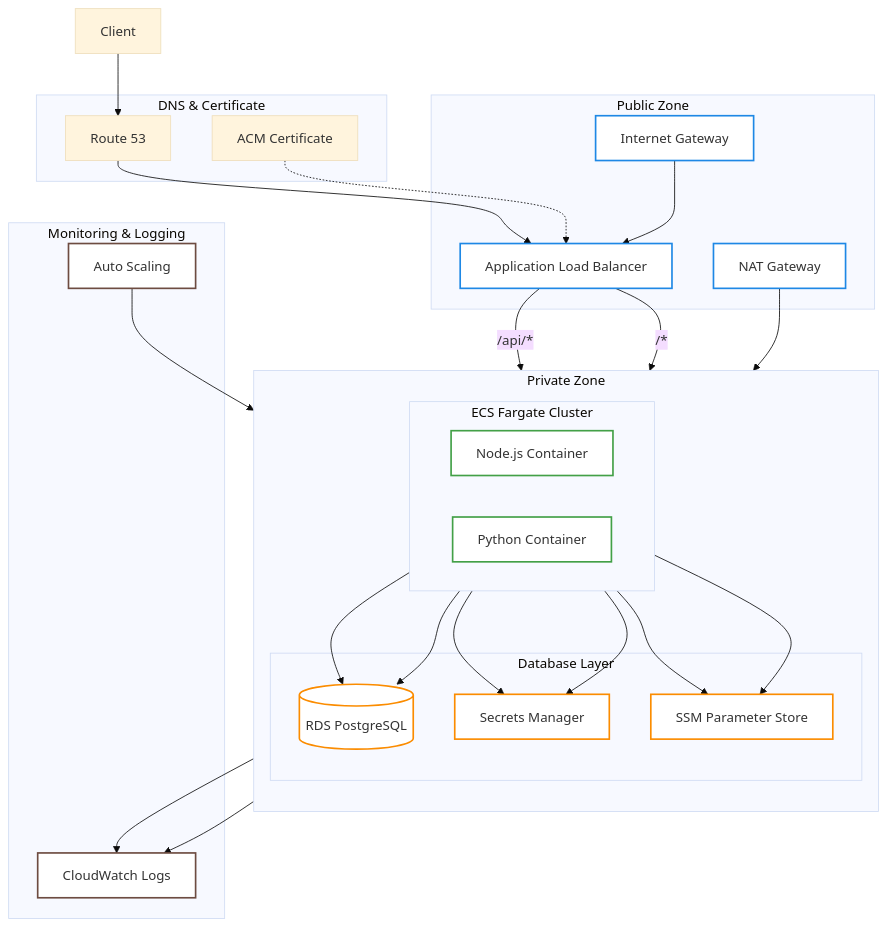
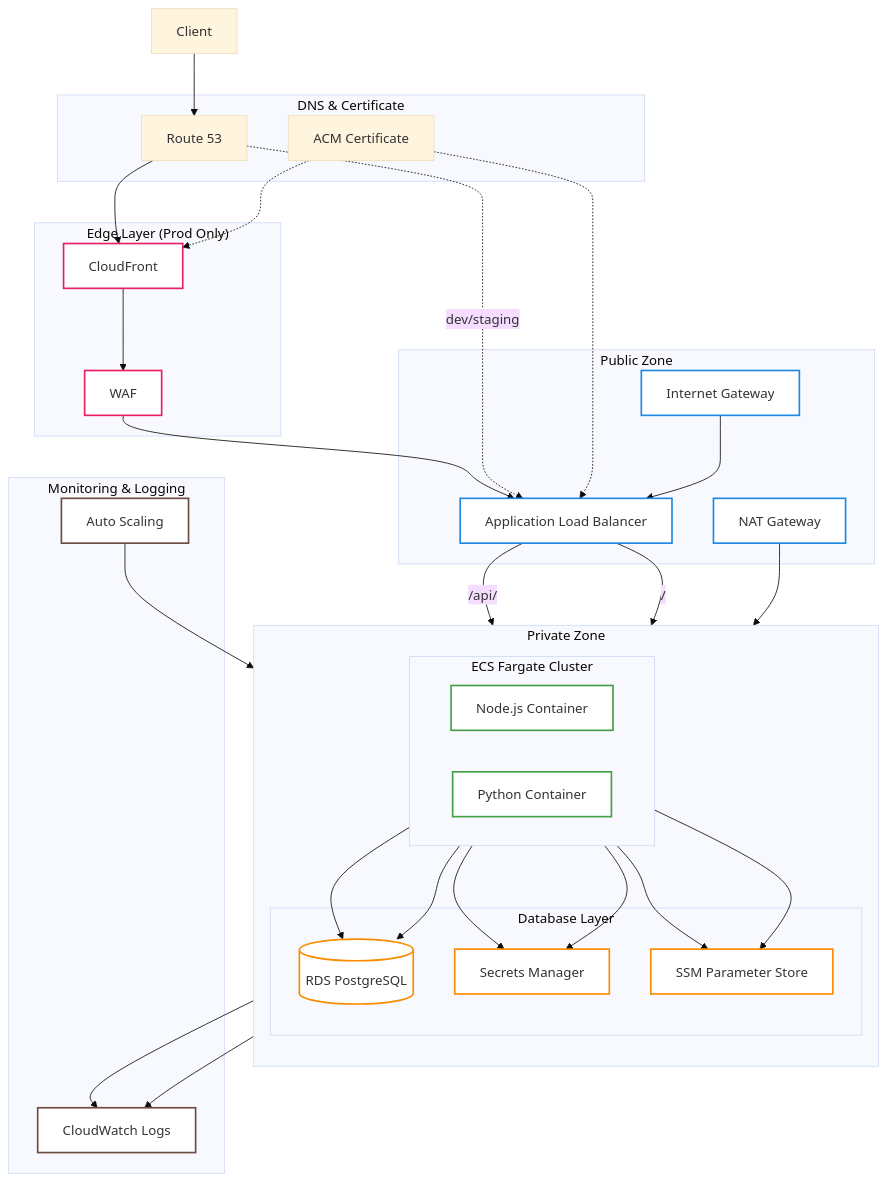
One commit to m1rl0k/ecs-3vpc changed the first of 3 diagrams in readme.md. Above: the diagram before and after it, drawn with Mermaid (base theme).

````diff
--- a/readme.md
+++ b/readme.md
@@ -8,62 +8,61 @@
 ```mermaid
 flowchart TB
-    subgraph DNS["DNS & Certificate"]
-        R53[Route 53]
-        ACM[ACM Certificate]
-    end
+subgraph DNS["DNS & Certificate"]
+R53[Route 53]
+ACM[ACM Certificate]
+end
+subgraph Edge["Edge Layer (Prod Only)"]
+CF[CloudFront]
+WAF[WAF]
+end
+subgraph Public["Public Zone"]
+ALB[Application Load Balancer]
+IGW[Internet Gateway]
+NAT[NAT Gateway]
+end
+subgraph Private["Private Zone"]
+direction TB
+subgraph ECS["ECS Fargate Cluster"]
+direction LR
+Node[Node.js Container]
+Python[Python Container]
+end
+subgraph Storage["Database Layer"]
+RDS[(RDS PostgreSQL)]
+SM[Secrets Manager]
+SSM[SSM Parameter Store]
+end
+end
+subgraph Monitoring["Monitoring & Logging"]
+CW[CloudWatch Logs]
+AS[Auto Scaling]
+end
+Client-->R53
+R53-->CF
+CF-->WAF
+WAF-->ALB
+R53-.->|dev/staging|ALB
+ACM-.->ALB
+ACM-.->CF
+ALB-->|/api/|Python
+ALB-->|/|Node
+IGW-->ALB
+NAT-->ECS
+Python-->RDS
+Node-->RDS
+Python & Node-->SM
+Python & Node-->SSM
+Python & Node-->CW
+AS-->ECS
+classDef edge fill:#fff,stroke:#E91E63,stroke-width:2px
+classDef public fill:#fff,stroke:#1E88E5,stroke-width:2px
+classDef private fill:#fff,stroke:#43A047,stroke-width:2px
+classDef storage fill:#fff,stroke:#FB8C00,stroke-width:2px
+classDef monitoring fill:#fff,stroke:#6D4C41,stroke-width:2px
+class CF,WAF edge
+class ALB,IGW,NAT public
+class Node,Python private
+class RDS,SM,SSM storage
+class CW,AS monitoring
 
-    subgraph Public["Public Zone"]
-        ALB[Application Load Balancer]
-        IGW[Internet Gateway]
-        NAT[NAT Gateway]
-    end
-
-    subgraph Private["Private Zone"]
-        direction TB
-        subgraph ECS["ECS Fargate Cluster"]
-            direction LR
-            Node[Node.js Container]
-            Python[Python Container]
-        end
-        
-        subgraph Storage["Database Layer"]
-            RDS[(RDS PostgreSQL)]
-            SM[Secrets Manager]
-            SSM[SSM Parameter Store]
-        end
-    end
-
-    subgraph Monitoring["Monitoring & Logging"]
-        CW[CloudWatch Logs]
-        AS[Auto Scaling]
-    end
-
-    Client-->R53
-    R53-->ALB
-    ACM-.->ALB
-    
-    ALB-->|/api/*|Python
-    ALB-->|/*|Node
-    
-    IGW-->ALB
-    NAT-->ECS
-    
-    Python-->RDS
-    Node-->RDS
-    
-    Python & Node-->SM
-    Python & Node-->SSM
-    Python & Node-->CW
-    
-    AS-->ECS
-    
-    classDef public fill:#fff,stroke:#1E88E5,stroke-width:2px
-    classDef private fill:#fff,stroke:#43A047,stroke-width:2px
-    classDef storage fill:#fff,stroke:#FB8C00,stroke-width:2px
-    classDef monitoring fill:#fff,stroke:#6D4C41,stroke-width:2px
-    
-    class ALB,IGW,NAT public
-    class Node,Python private
-    class RDS,SM,SSM storage
-    class CW,AS monitoring
 ```
````
